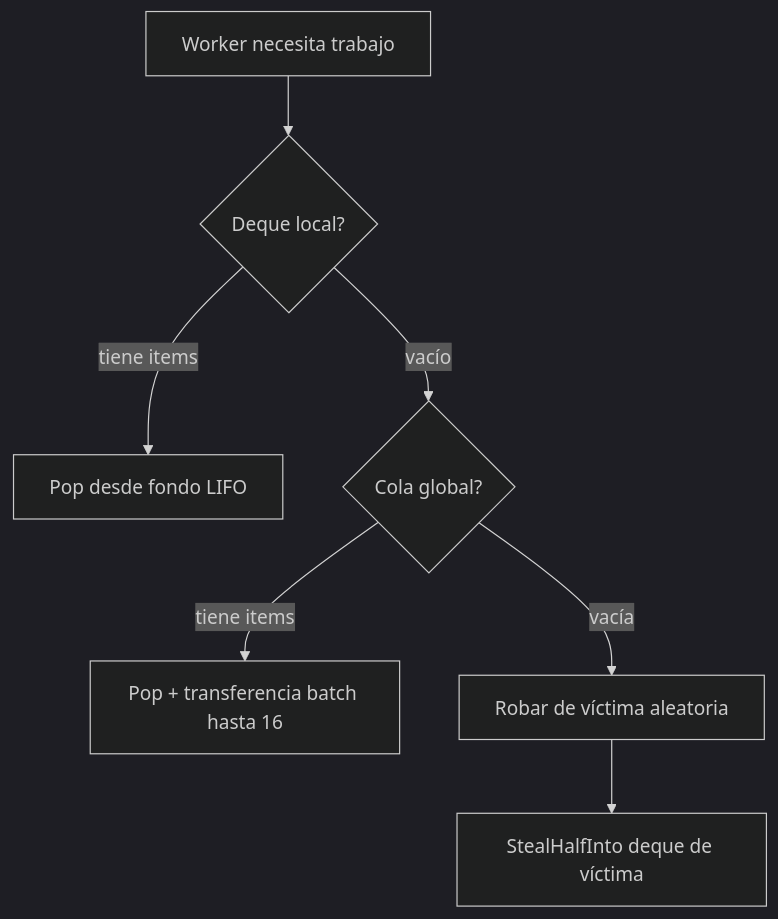
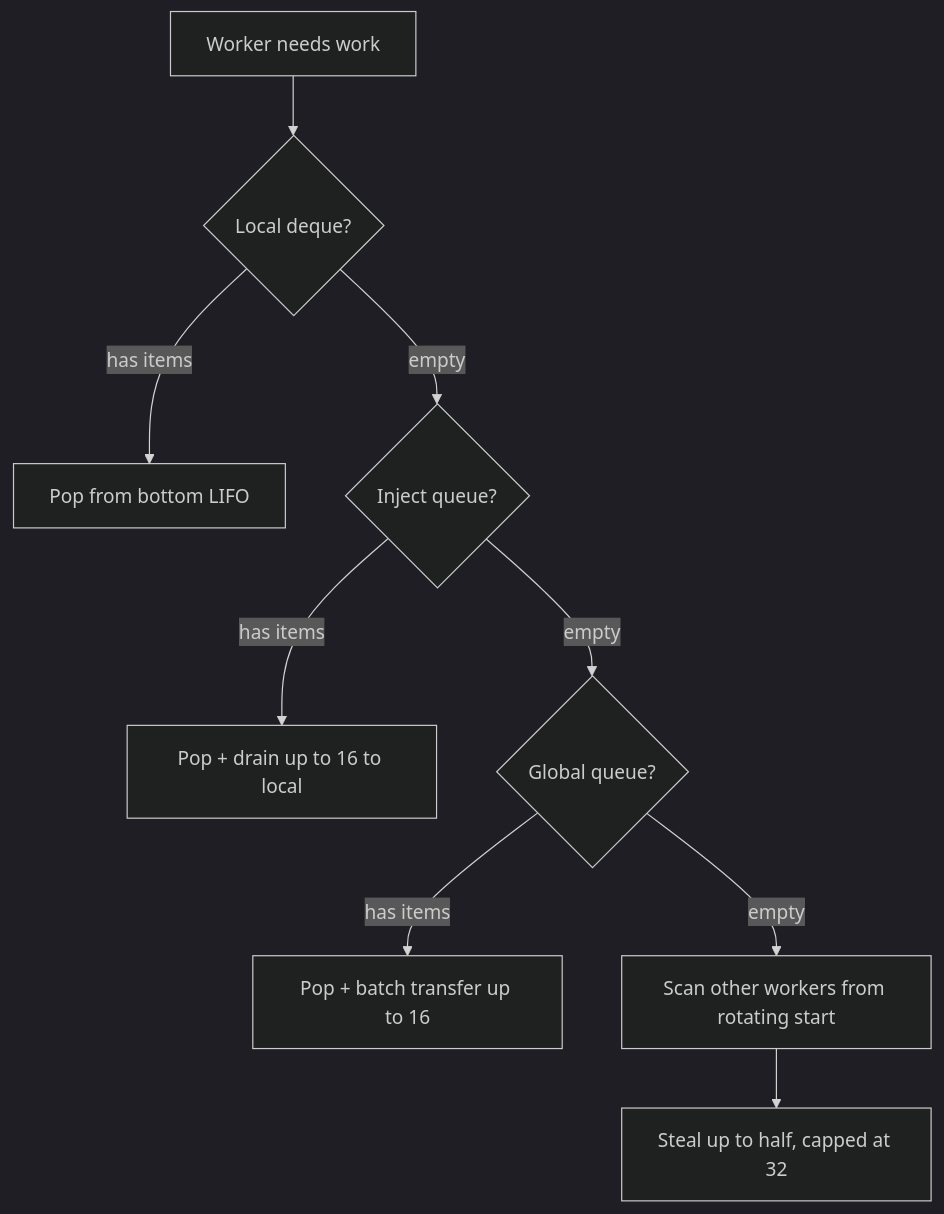
One commit to wippyai/docs changed the first of 2 diagrams in es/internals/scheduler.md. Above: the diagram before and after it, drawn with Mermaid (dark theme). The commit also changed other lines of this file and 60 other files, not shown here.

````diff
--- a/es/internals/scheduler.md
+++ b/es/internals/scheduler.md
@@ -47,9 +49,11 @@
 ```mermaid
 flowchart TD
-    W[Worker necesita trabajo] --> L{Deque local?}
-    L -->|tiene items| LP[Pop desde fondo LIFO]
-    L -->|vacío| G{Cola global?}
-    G -->|tiene items| GP[Pop + transferencia batch hasta 16]
-    G -->|vacía| S[Robar de víctima aleatoria]
-    S --> SH[StealHalfInto deque de víctima]
+    W[Worker needs work] --> L{Local deque?}
+    L -->|has items| LP[Pop from bottom LIFO]
+    L -->|empty| I{Inject queue?}
+    I -->|has items| IP[Pop + drain up to 16 to local]
+    I -->|empty| G{Global queue?}
+    G -->|has items| GP[Pop + batch transfer up to 16]
+    G -->|empty| S[Scan other workers from rotating start]
+    S --> SH[Steal up to half, capped at 32]
 ```
````
